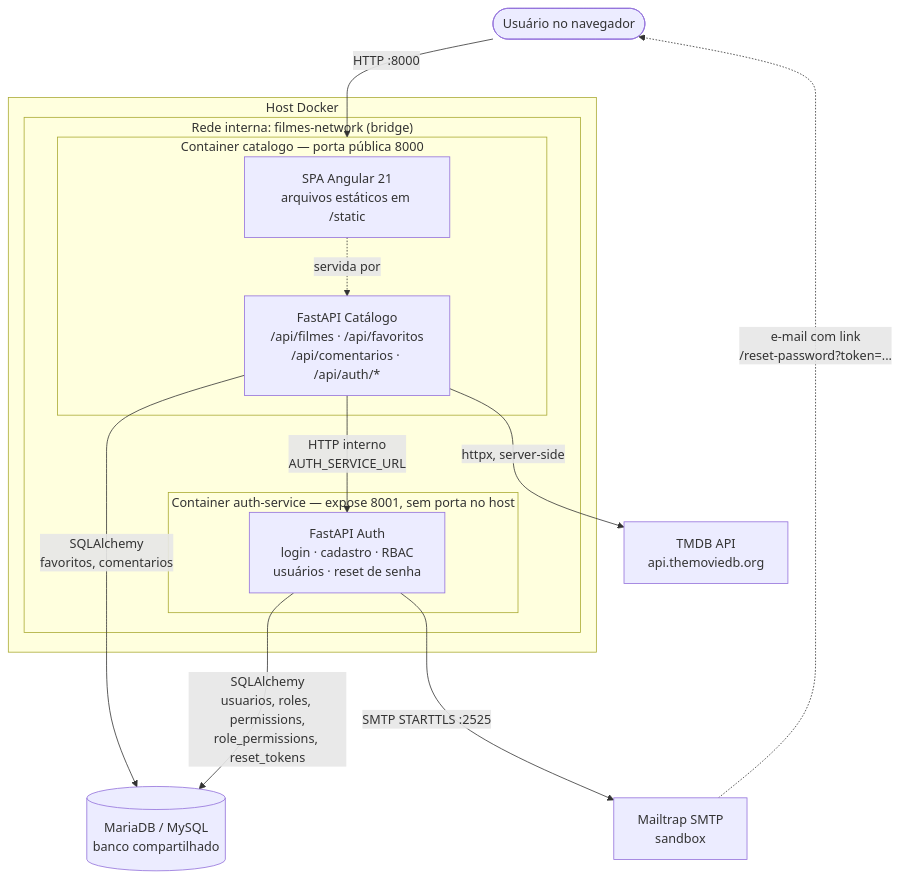
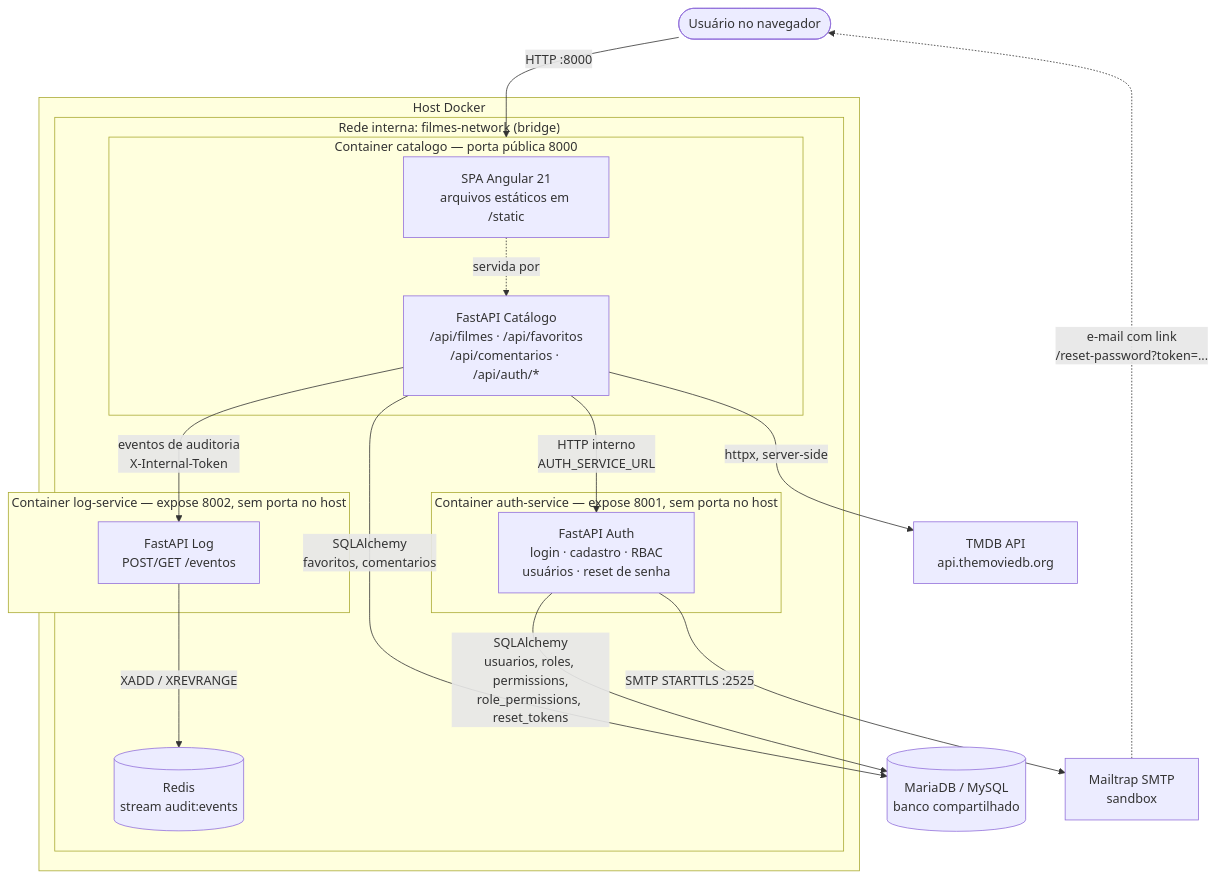
Before and after one commit to Schinor/API-Filmes-Allan: the first of 11 diagrams in docs/ARQUITETURA.md, drawn with Mermaid. The commit also changed other lines of this file and 1 other file, not shown here.

Commit message:
docs: documenta auditoria, observabilidade e CI/CD

````diff
--- a/docs/ARQUITETURA.md
+++ b/docs/ARQUITETURA.md
@@ -23,29 +25,35 @@
 ```mermaid
 flowchart TB
     user(["Usuário no navegador"])
 
     subgraph host["Host Docker"]
         subgraph net["Rede interna: filmes-network (bridge)"]
             subgraph cat["Container catalogo — porta pública 8000"]
                 spa["SPA Angular 21<br/>arquivos estáticos em /static"]
                 cat_api["FastAPI Catálogo<br/>/api/filmes · /api/favoritos<br/>/api/comentarios · /api/auth/*"]
             end
             subgraph auth["Container auth-service — expose 8001, sem porta no host"]
                 auth_api["FastAPI Auth<br/>login · cadastro · RBAC<br/>usuários · reset de senha"]
             end
+            subgraph logsvc["Container log-service — expose 8002, sem porta no host"]
+                log_api["FastAPI Log<br/>POST/GET /eventos"]
+            end
+            redis[("Redis<br/>stream audit:events")]
         end
     end
 
     db[("MariaDB / MySQL<br/>banco compartilhado")]
     tmdb["TMDB API<br/>api.themoviedb.org"]
     mail["Mailtrap SMTP<br/>sandbox"]
 
     user -- "HTTP :8000" --> cat
     spa -. "servida por" .-> cat_api
     cat_api -- "HTTP interno<br/>AUTH_SERVICE_URL" --> auth_api
+    cat_api -- "eventos de auditoria<br/>X-Internal-Token" --> log_api
+    log_api -- "XADD / XREVRANGE" --> redis
     cat_api -- "SQLAlchemy<br/>favoritos, comentarios" --> db
     auth_api -- "SQLAlchemy<br/>usuarios, roles, permissions,<br/>role_permissions, reset_tokens" --> db
     cat_api -- "httpx, server-side" --> tmdb
     auth_api -- "SMTP STARTTLS :2525" --> mail
     mail -. "e-mail com link<br/>/reset-password?token=..." .-> user
 ```
````
